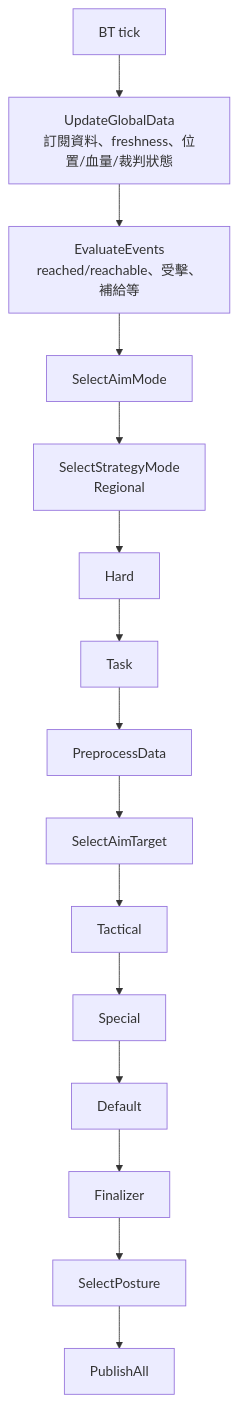
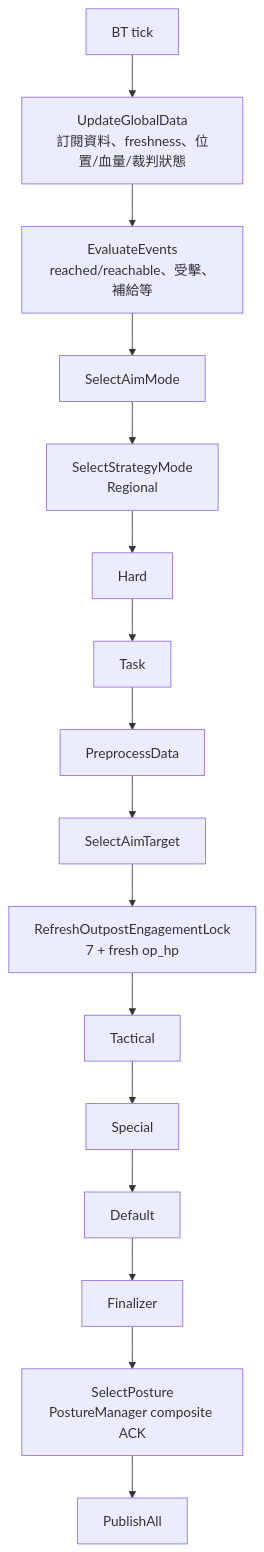
The first of 6 diagrams in docs/sentry/regional/2026-07-12_regional_decision_graph.md (UnWanHin/ros2_ly_ws_sentary), drawn with Mermaid before and after one commit. The commit also changed 6 other files, not shown here.

Commit message:
docs: record outpost enhanced engagement

````diff
--- a/docs/sentry/regional/2026-07-12_regional_decision_graph.md
+++ b/docs/sentry/regional/2026-07-12_regional_decision_graph.md
@@ -9,17 +9,18 @@
 ```mermaid
 flowchart TD
   TICK[BT tick] --> GLOBAL[UpdateGlobalData\n訂閱資料、freshness、位置/血量/裁判狀態]
   GLOBAL --> EVENT[EvaluateEvents\nreached/reachable、受擊、補給等]
   EVENT --> AIM_MODE[SelectAimMode]
   AIM_MODE --> STRATEGY[SelectStrategyMode\nRegional]
   STRATEGY --> HARD[Hard]
   HARD --> TASK[Task]
   TASK --> PRE[PreprocessData]
   PRE --> TARGET[SelectAimTarget]
-  TARGET --> TACTICAL[Tactical]
+  TARGET --> LOCK[RefreshOutpostEngagementLock\n7 + fresh op_hp]
+  LOCK --> TACTICAL[Tactical]
   TACTICAL --> SPECIAL[Special]
   SPECIAL --> DEFAULT[Default]
   DEFAULT --> FINAL[Finalizer]
-  FINAL --> POSTURE[SelectPosture]
+  FINAL --> POSTURE[SelectPosture\nPostureManager composite ACK]
   POSTURE --> PUB[PublishAll]
 ```
````
